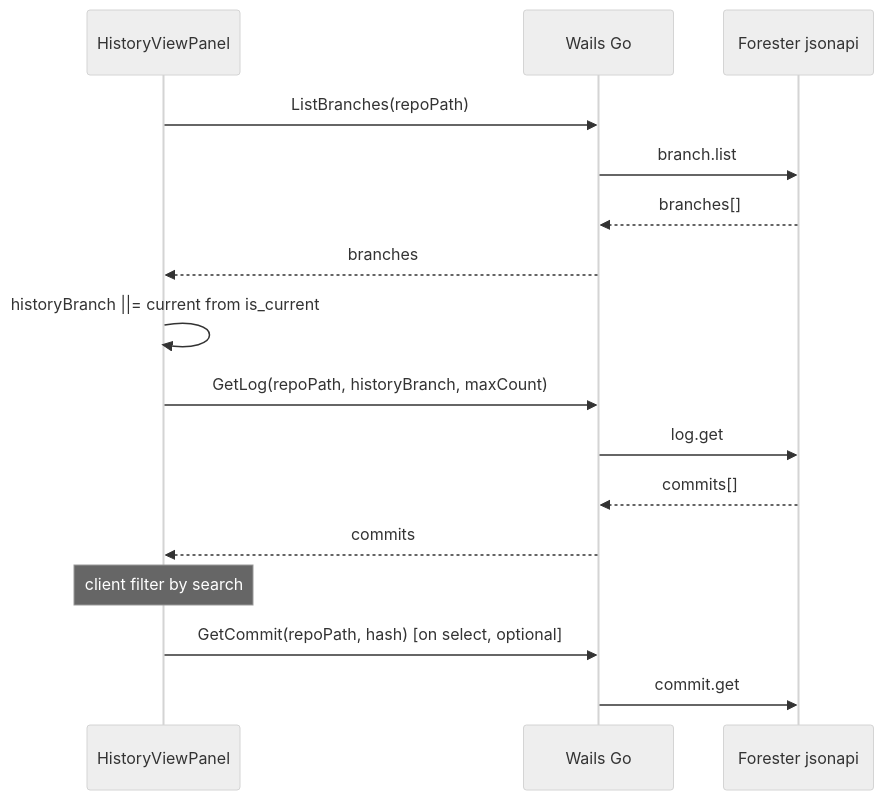
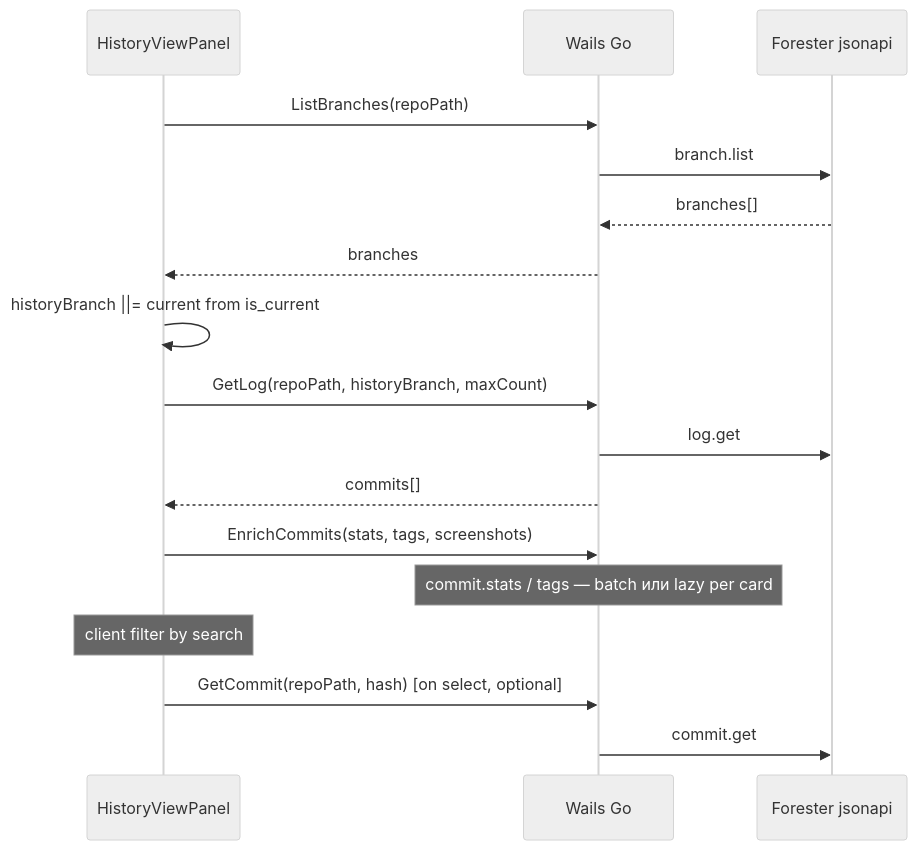
Before and after one commit to DSLitvinov/difference-machine: the second of 2 diagrams in .cursor/interface/sidebar-history-view.md, drawn with Mermaid (neutral theme). The commit also changed other lines of this file and 3 other files, not shown here.

````diff
--- a/.cursor/interface/sidebar-history-view.md
+++ b/.cursor/interface/sidebar-history-view.md
@@ -166,23 +160,25 @@
 ```mermaid
 sequenceDiagram
   participant UI as HistoryViewPanel
   participant W as Wails Go
   participant F as Forester jsonapi
 
   UI->>W: ListBranches(repoPath)
   W->>F: branch.list
   F-->>W: branches[]
   W-->>UI: branches
 
   UI->>UI: historyBranch ||= current from is_current
 
   UI->>W: GetLog(repoPath, historyBranch, maxCount)
   W->>F: log.get
-  F-->>W: commits[]
-  W-->>UI: commits
+  W-->>UI: commits[]
+
+  UI->>W: EnrichCommits(stats, tags, screenshots)
+  Note over W: commit.stats / tags — batch или lazy per card
 
   Note over UI: client filter by search
 
   UI->>W: GetCommit(repoPath, hash) [on select, optional]
   W->>F: commit.get
 ```
````
